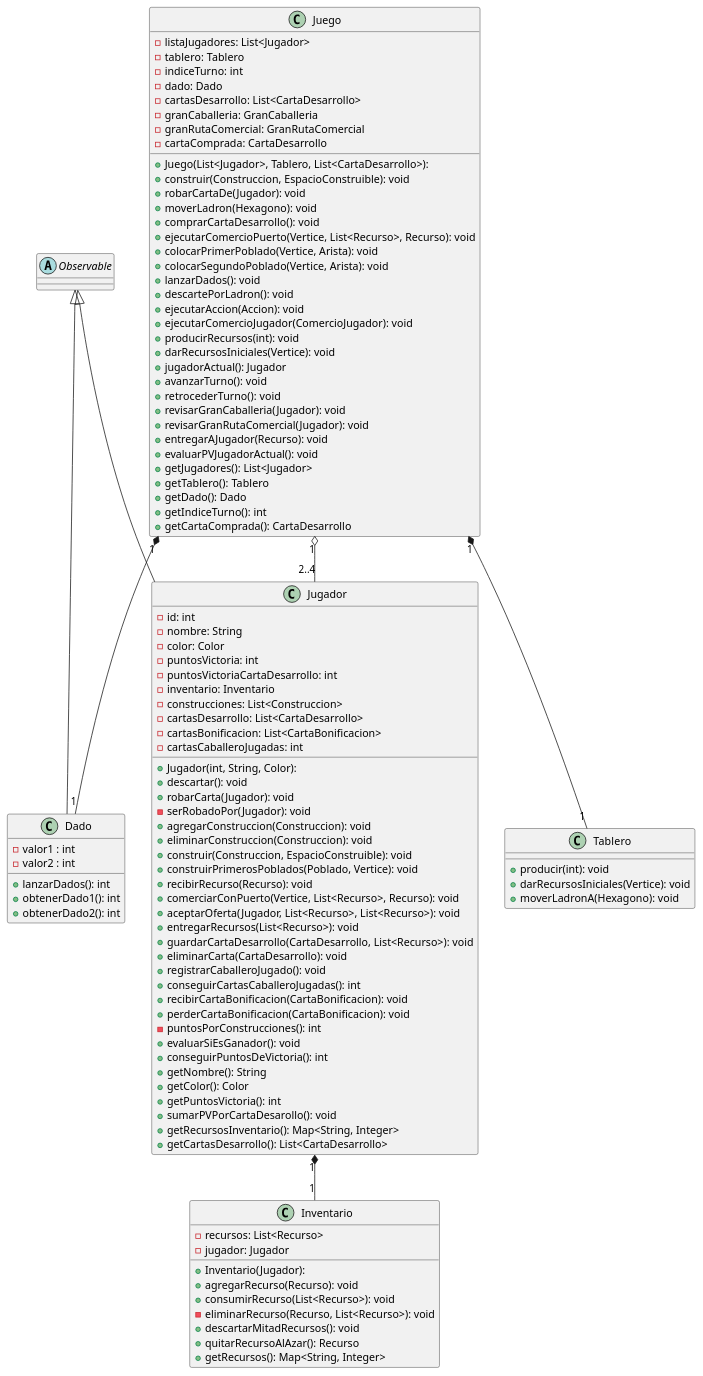
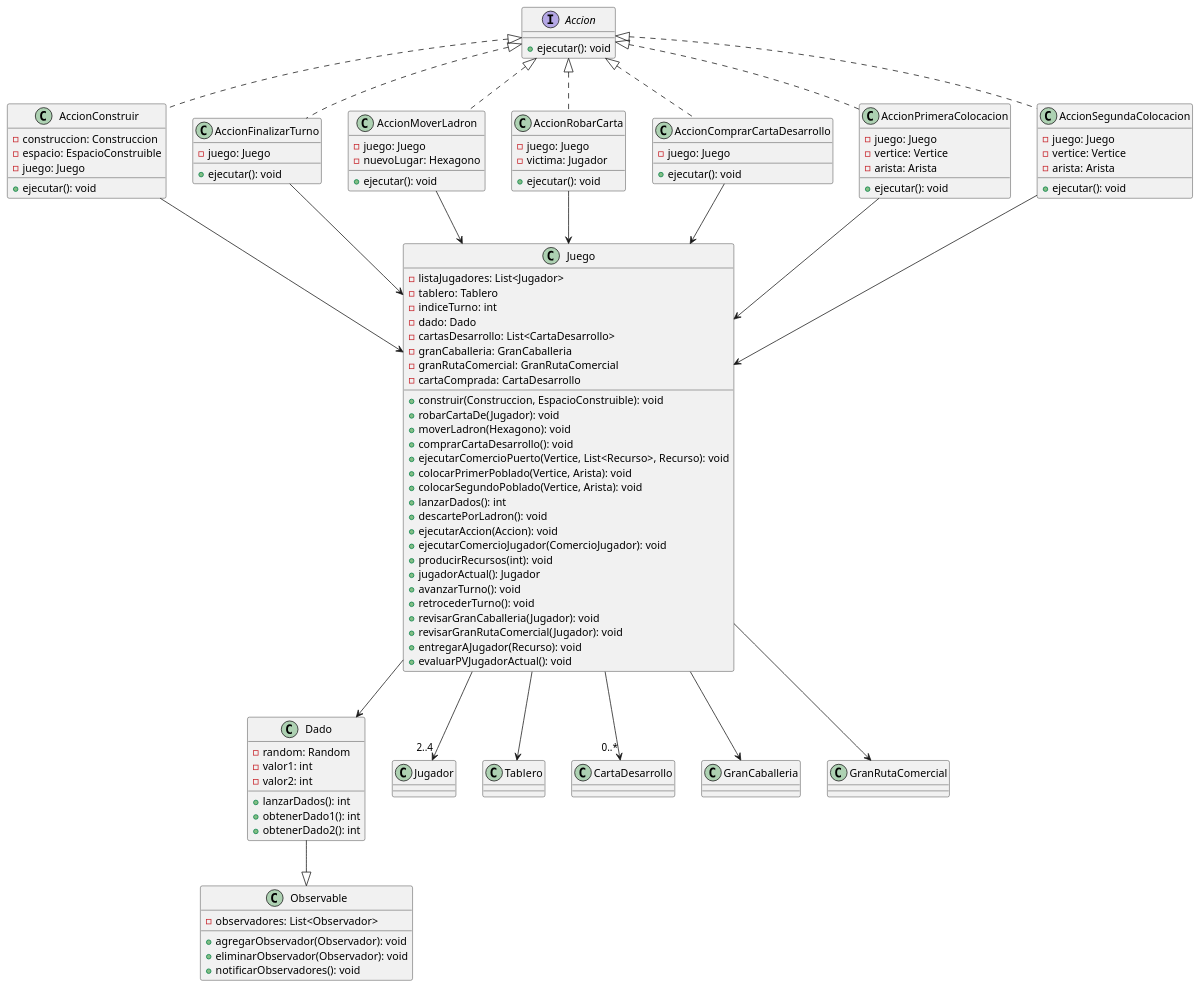
The diagram in diagrams/classes/juego.puml (ValeSolArroyo/TP2-Catan), drawn with PlantUML before and after one commit. The commit also changed 21 other files, not shown here.

Commit message:
nuevos diagramas y arregle un test

```diff
--- a/diagrams/classes/juego.puml
+++ b/diagrams/classes/juego.puml
@@ -1,118 +1,132 @@
-@startuml Juego
+@startuml
 
 class Juego {
-    - listaJugadores: List<Jugador>
-    - tablero: Tablero
-    - indiceTurno: int
-    - dado: Dado
-    - cartasDesarrollo: List<CartaDesarrollo>
-    - granCaballeria: GranCaballeria
-    - granRutaComercial: GranRutaComercial
-    - cartaComprada: CartaDesarrollo
-    + Juego(List<Jugador>, Tablero, List<CartaDesarrollo>):
-    + construir(Construccion, EspacioConstruible): void
-    + robarCartaDe(Jugador): void
-    + moverLadron(Hexagono): void
-    + comprarCartaDesarrollo(): void
-    + ejecutarComercioPuerto(Vertice, List<Recurso>, Recurso): void
-    + colocarPrimerPoblado(Vertice, Arista): void
-    + colocarSegundoPoblado(Vertice, Arista): void
-    + lanzarDados(): void
-    + descartePorLadron(): void
-    + ejecutarAccion(Accion): void
-    + ejecutarComercioJugador(ComercioJugador): void
-    + producirRecursos(int): void
-    + darRecursosIniciales(Vertice): void
-    + jugadorActual(): Jugador
-    + avanzarTurno(): void
-    + retrocederTurno(): void
-    + revisarGranCaballeria(Jugador): void
-    + revisarGranRutaComercial(Jugador): void
-    + entregarAJugador(Recurso): void
-    + evaluarPVJugadorActual(): void
-    + getJugadores(): List<Jugador>
-    + getTablero(): Tablero
-    + getDado(): Dado
-    + getIndiceTurno(): int
-    + getCartaComprada(): CartaDesarrollo
-}
-
-class Jugador {
-    - id: int
-    - nombre: String
-    - color: Color
-    - puntosVictoria: int
-    - puntosVictoriaCartaDesarrollo: int
-    - inventario: Inventario
-    - construcciones: List<Construccion>
-    - cartasDesarrollo: List<CartaDesarrollo>
-    - cartasBonificacion: List<CartaBonificacion>
-    - cartasCaballeroJugadas: int
-    + Jugador(int, String, Color):
-    + descartar(): void
-    + robarCarta(Jugador): void
-    - serRobadoPor(Jugador): void
-    + agregarConstruccion(Construccion): void
-    + eliminarConstruccion(Construccion): void
-    + construir(Construccion, EspacioConstruible): void
-    + construirPrimerosPoblados(Poblado, Vertice): void
-    + recibirRecurso(Recurso): void
-    + comerciarConPuerto(Vertice, List<Recurso>, Recurso): void
-    + aceptarOferta(Jugador, List<Recurso>, List<Recurso>): void
-    + entregarRecursos(List<Recurso>): void
-    + guardarCartaDesarrollo(CartaDesarrollo, List<Recurso>): void
-    + eliminarCarta(CartaDesarrollo): void
-    + registrarCaballeroJugado(): void
-    + conseguirCartasCaballeroJugadas(): int
-    + recibirCartaBonificacion(CartaBonificacion): void
-    + perderCartaBonificacion(CartaBonificacion): void
-    - puntosPorConstrucciones(): int
-    + evaluarSiEsGanador(): void
-    + conseguirPuntosDeVictoria(): int
-    + getNombre(): String
-    + getColor(): Color
-    + getPuntosVictoria(): int
-    + sumarPVPorCartaDesarollo(): void
-    + getRecursosInventario(): Map<String, Integer>
-    + getCartasDesarrollo(): List<CartaDesarrollo>
-}
-
-class Inventario {
-    - recursos: List<Recurso>
-    - jugador: Jugador
-    + Inventario(Jugador):
-    + agregarRecurso(Recurso): void
-    + consumirRecurso(List<Recurso>): void
-    - eliminarRecurso(Recurso, List<Recurso>): void
-    + descartarMitadRecursos(): void
-    + quitarRecursoAlAzar(): Recurso
-    + getRecursos(): Map<String, Integer>
+  - listaJugadores: List<Jugador>
+  - tablero: Tablero
+  - indiceTurno: int
+  - dado: Dado
+  - cartasDesarrollo: List<CartaDesarrollo>
+  - granCaballeria: GranCaballeria
+  - granRutaComercial: GranRutaComercial
+  - cartaComprada: CartaDesarrollo
+  
+  + construir(Construccion, EspacioConstruible): void
+  + robarCartaDe(Jugador): void
+  + moverLadron(Hexagono): void
+  + comprarCartaDesarrollo(): void
+  + ejecutarComercioPuerto(Vertice, List<Recurso>, Recurso): void
+  + colocarPrimerPoblado(Vertice, Arista): void
+  + colocarSegundoPoblado(Vertice, Arista): void
+  + lanzarDados(): int
+  + descartePorLadron(): void
+  + ejecutarAccion(Accion): void
+  + ejecutarComercioJugador(ComercioJugador): void
+  + producirRecursos(int): void
+  + jugadorActual(): Jugador
+  + avanzarTurno(): void
+  + retrocederTurno(): void
+  + revisarGranCaballeria(Jugador): void
+  + revisarGranRutaComercial(Jugador): void
+  + entregarAJugador(Recurso): void
+  + evaluarPVJugadorActual(): void
 }
 
 class Dado {
-    - valor1 : int
-    - valor2 : int
-    + lanzarDados(): int
-    + obtenerDado1(): int
-    + obtenerDado2(): int
+  - random: Random
+  - valor1: int
+  - valor2: int
+  
+  + lanzarDados(): int
+  + obtenerDado1(): int
+  + obtenerDado2(): int
 }
 
-abstract class Observable {}
+class Observable {
+  - observadores: List<Observador>
+  
+  + agregarObservador(Observador): void
+  + eliminarObservador(Observador): void
+  + notificarObservadores(): void
+}
+
+interface Accion {
+  + ejecutar(): void
+}
+
+class AccionConstruir {
+  - construccion: Construccion
+  - espacio: EspacioConstruible
+  - juego: Juego
+  
+  + ejecutar(): void
+}
+
+class AccionFinalizarTurno {
+  - juego: Juego
+  
+  + ejecutar(): void
+}
+
+class AccionMoverLadron {
+  - juego: Juego
+  - nuevoLugar: Hexagono
+  
+  + ejecutar(): void
+}
+
+class AccionRobarCarta {
+  - juego: Juego
+  - victima: Jugador
+  
+  + ejecutar(): void
+}
+
+class AccionComprarCartaDesarrollo {
+  - juego: Juego
+  
+  + ejecutar(): void
+}
+
+class AccionPrimeraColocacion {
+  - juego: Juego
+  - vertice: Vertice
+  - arista: Arista
+  
+  + ejecutar(): void
+}
+
+class AccionSegundaColocacion {
+  - juego: Juego
+  - vertice: Vertice
+  - arista: Arista
+  
+  + ejecutar(): void
+}
+
+Dado --|> Observable
+
+Juego --> Dado
+Juego --> "2..4" Jugador
+Juego --> Tablero
+Juego --> "0..*" CartaDesarrollo
+Juego --> GranCaballeria
+Juego --> GranRutaComercial
 
 
-class Tablero {
-    + producir(int): void
-    + darRecursosIniciales(Vertice): void
-    + moverLadronA(Hexagono): void
-}
+Accion <|.. AccionConstruir
+Accion <|.. AccionFinalizarTurno
+Accion <|.. AccionMoverLadron
+Accion <|.. AccionRobarCarta
+Accion <|.. AccionComprarCartaDesarrollo
+Accion <|.. AccionPrimeraColocacion
+Accion <|.. AccionSegundaColocacion
 
-Juego "1" *-- "1" Tablero
-Juego "1" *-- "1" Dado
-Juego "1" o-- "2..4" Jugador
-
-Jugador "1" *-- "1" Inventario
-
-Observable <|-- Jugador
-Observable <|-- Dado
+AccionConstruir --> Juego
+AccionFinalizarTurno --> Juego
+AccionMoverLadron --> Juego
+AccionRobarCarta --> Juego
+AccionComprarCartaDesarrollo --> Juego
+AccionPrimeraColocacion --> Juego
+AccionSegundaColocacion --> Juego
 
 @enduml
```
